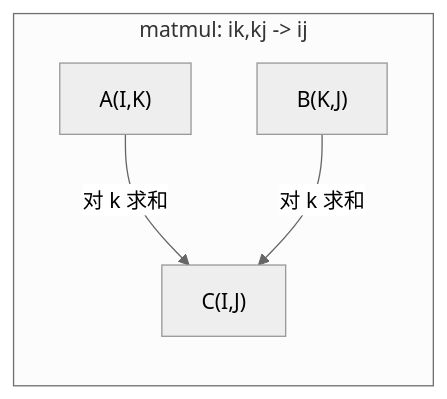
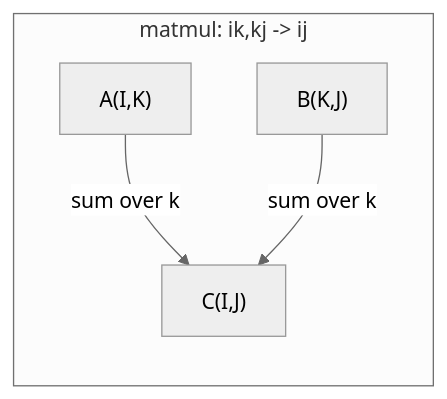
Before and after one commit to omigaZen/ai-engineering-from-scratch: the fourth of 4 diagrams in phases/01-math-foundations/12-tensor-operations/docs/zh.md, drawn with Mermaid (neutral theme). The commit also changed other lines of this file and 32 other files, not shown here.

````diff
--- a/phases/01-math-foundations/12-tensor-operations/docs/zh.md
+++ b/phases/01-math-foundations/12-tensor-operations/docs/zh.md
@@ -94,7 +94,7 @@
 ```mermaid
 graph LR
     subgraph "matmul: ik,kj -> ij"
-        A["A(I,K)"] --> |"对 k 求和"| C["C(I,J)"]
-        B["B(K,J)"] --> |"对 k 求和"| C
+        A["A(I,K)"] --> |"sum over k"| C["C(I,J)"]
+        B["B(K,J)"] --> |"sum over k"| C
     end
 ```
````
